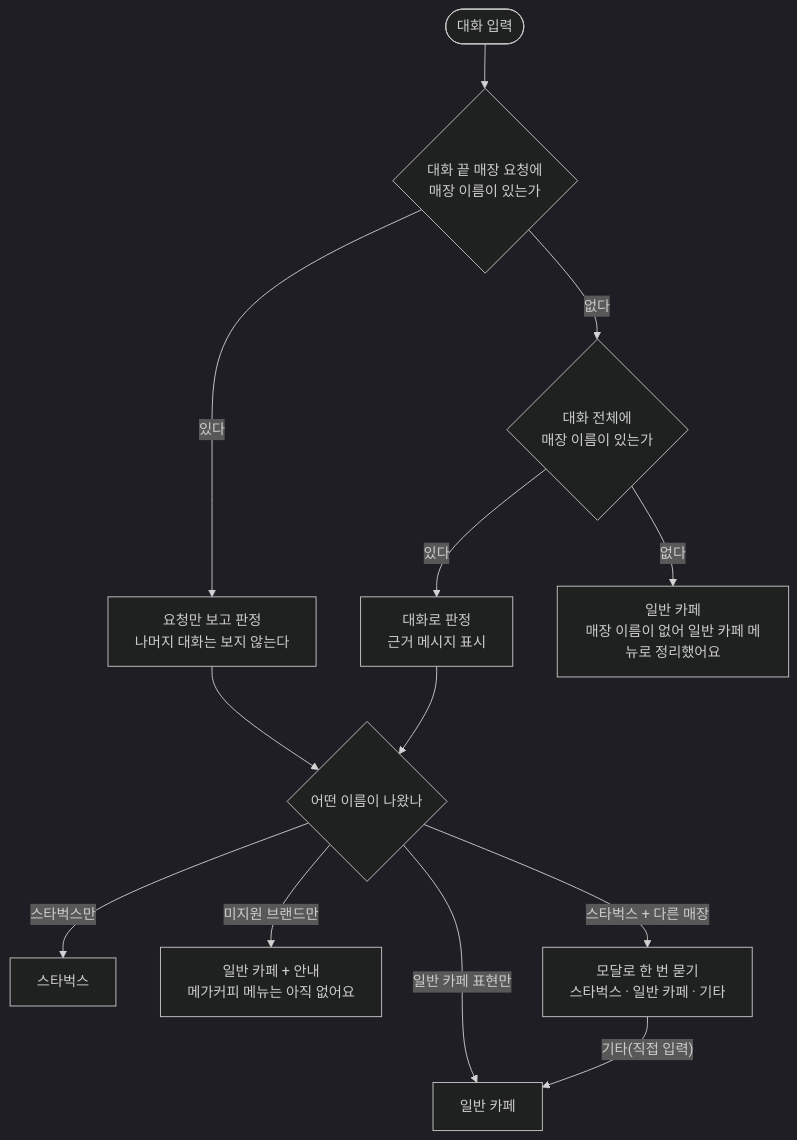
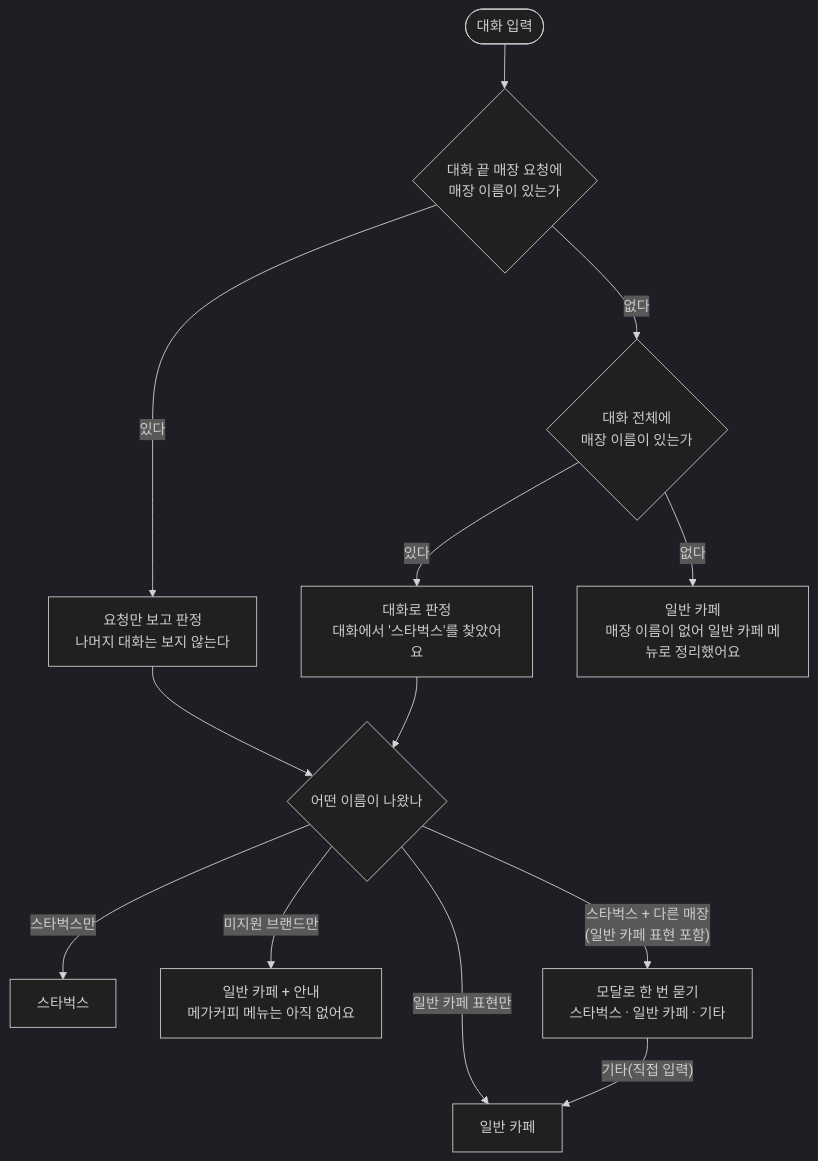
Before and after one commit to 931njhthe-star/moa: the third of 10 diagrams in docs/PRD.md, drawn with Mermaid (dark theme). The commit also changed other lines of this file, not shown here.

````diff
--- a/docs/PRD.md
+++ b/docs/PRD.md
@@ -125,15 +133,15 @@
 ```mermaid
 flowchart TD
     S([대화 입력]) --> Q1{"대화 끝 매장 요청에<br/>매장 이름이 있는가"}
     Q1 -->|있다| J["요청만 보고 판정<br/>나머지 대화는 보지 않는다"]
     Q1 -->|없다| Q2{"대화 전체에<br/>매장 이름이 있는가"}
-    Q2 -->|있다| J2["대화로 판정<br/>근거 메시지 표시"]
+    Q2 -->|있다| J2["대화로 판정<br/>대화에서 '스타벅스'를 찾았어요"]
     Q2 -->|없다| G3["일반 카페<br/>매장 이름이 없어 일반 카페 메뉴로 정리했어요"]
     J --> R{"어떤 이름이 나왔나"}
     J2 --> R
     R -->|스타벅스만| SB["스타벅스"]
     R -->|일반 카페 표현만| GC["일반 카페"]
     R -->|미지원 브랜드만| UN["일반 카페 + 안내<br/>메가커피 메뉴는 아직 없어요"]
-    R -->|스타벅스 + 다른 매장| ASK["모달로 한 번 묻기<br/>스타벅스 · 일반 카페 · 기타"]
+    R -->|"스타벅스 + 다른 매장<br/>(일반 카페 표현 포함)"| ASK["모달로 한 번 묻기<br/>스타벅스 · 일반 카페 · 기타"]
     ASK -->|"기타(직접 입력)"| GC
 ```
````
